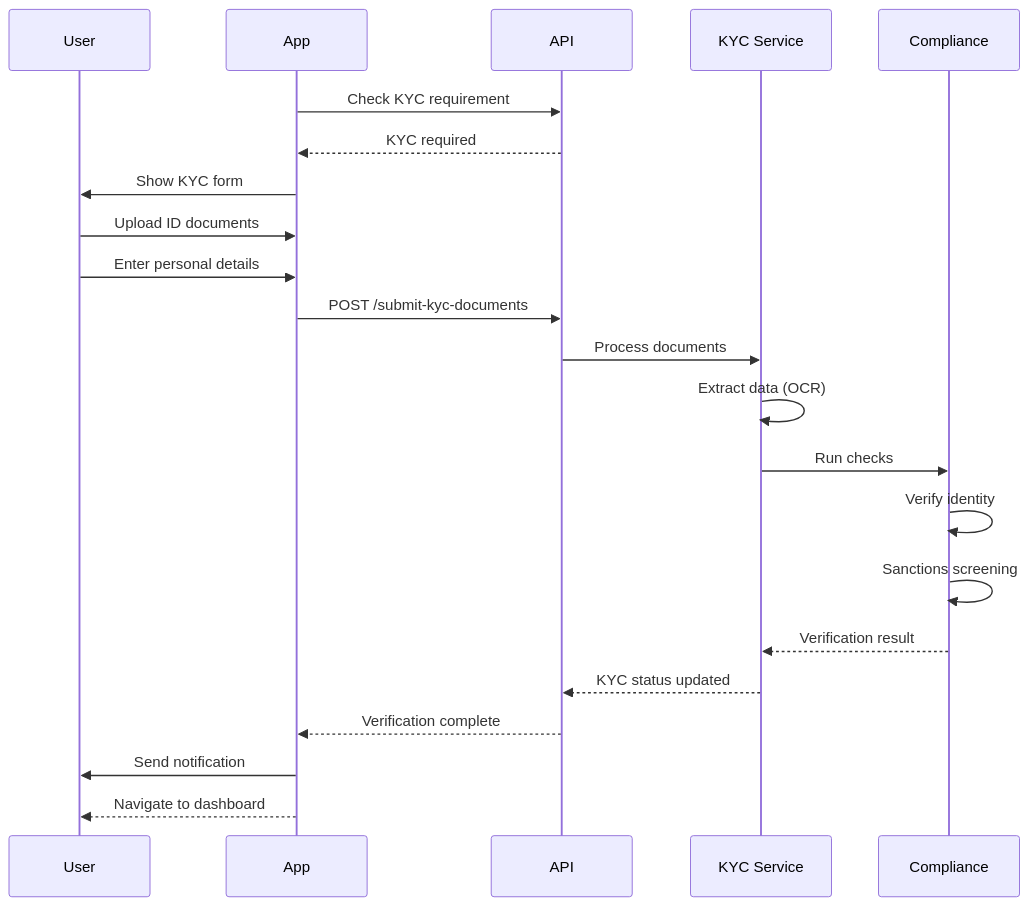
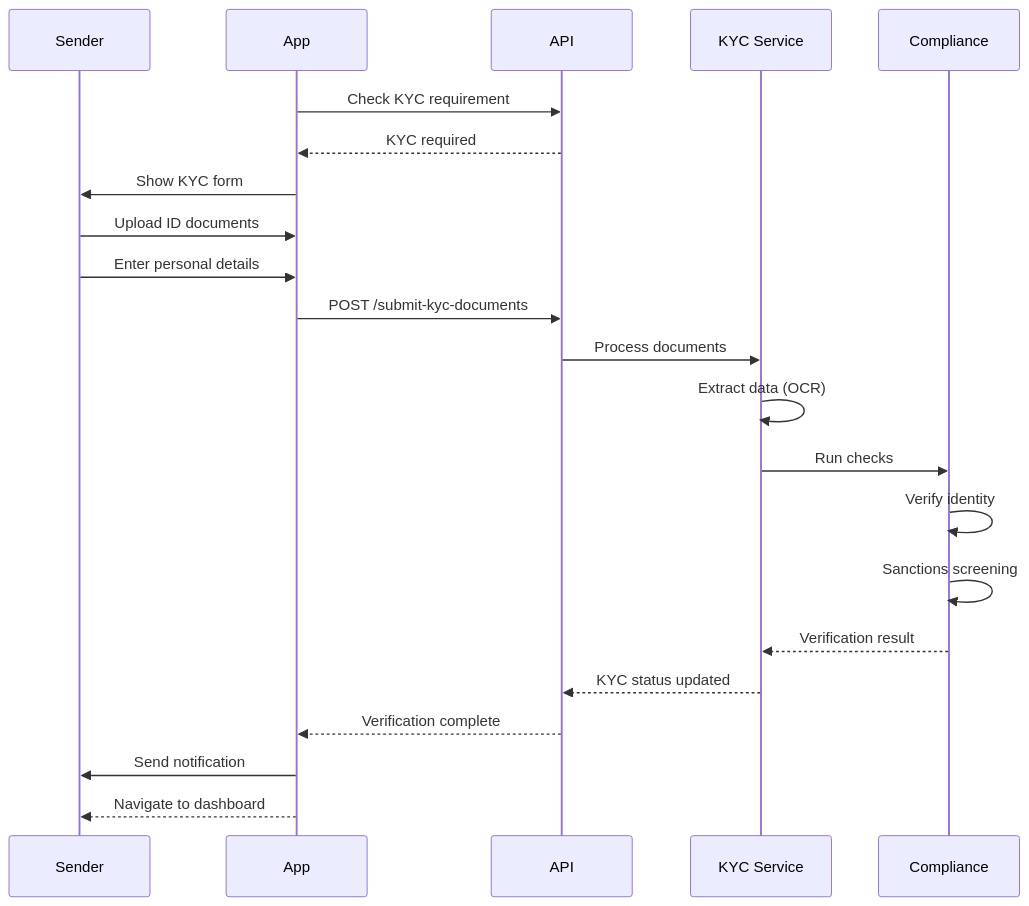
Before and after one commit to trillionclues-fincode/docs: the third of 14 diagrams in remittance/process-flows.mdx, drawn with Mermaid. The commit also changed other lines of this file and 7 other files, not shown here.

````diff
--- a/remittance/process-flows.mdx
+++ b/remittance/process-flows.mdx
@@ -103,25 +102,25 @@
 ```mermaid
 sequenceDiagram
-    participant User
+    participant Sender
     participant App
     participant API
     participant KYC Service
     participant Compliance
 
     App->>API: Check KYC requirement
     API-->>App: KYC required
-    App->>User: Show KYC form
-    User->>App: Upload ID documents
-    User->>App: Enter personal details
+    App->>Sender: Show KYC form
+    Sender->>App: Upload ID documents
+    Sender->>App: Enter personal details
     App->>API: POST /submit-kyc-documents
     API->>KYC Service: Process documents
     KYC Service->>KYC Service: Extract data (OCR)
     KYC Service->>Compliance: Run checks
     Compliance->>Compliance: Verify identity
     Compliance->>Compliance: Sanctions screening
     Compliance-->>KYC Service: Verification result
     KYC Service-->>API: KYC status updated
     API-->>App: Verification complete
-    App->>User: Send notification
-    App-->>User: Navigate to dashboard
+    App->>Sender: Send notification
+    App-->>Sender: Navigate to dashboard
 ```
````
